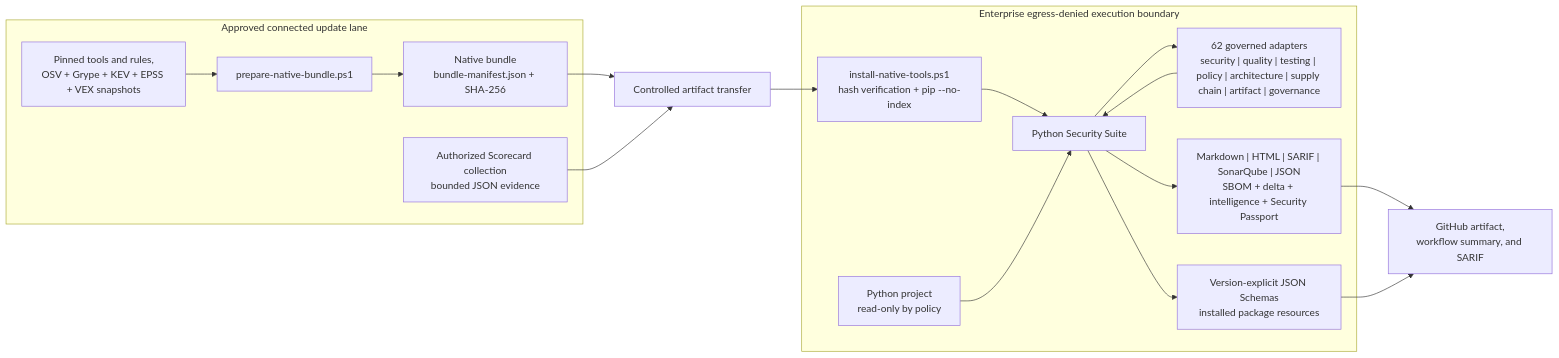
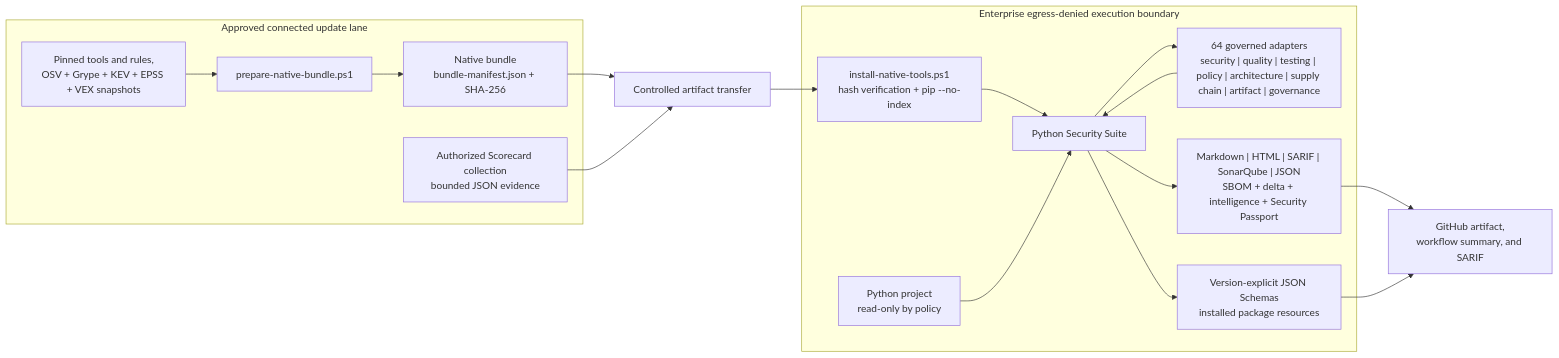
One commit to willtran87/project-py-security-suite changed the first of 16 diagrams in docs/design.md. Above: the diagram before and after it, drawn with Mermaid. The commit also changed other lines of this file and 456 other files, not shown here.

````diff
--- a/docs/design.md
+++ b/docs/design.md
@@ -29,34 +29,34 @@
 ```mermaid
 flowchart LR
     subgraph Connected["Approved connected update lane"]
         Prep["prepare-native-bundle.ps1"]
         Sources["Pinned tools and rules,<br/>OSV + Grype + KEV + EPSS + VEX snapshots"]
         ScorecardCollect["Authorized Scorecard collection<br/>bounded JSON evidence"]
         Bundle["Native bundle<br/>bundle-manifest.json + SHA-256"]
         Sources --> Prep --> Bundle
     end
 
     Transfer["Controlled artifact transfer"]
 
     subgraph Boundary["Enterprise egress-denied execution boundary"]
         Install["install-native-tools.ps1<br/>hash verification + pip --no-index"]
         Project["Python project<br/>read-only by policy"]
         Suite["Python Security Suite"]
-        Scanners["62 governed adapters<br/>security | quality | testing | policy | architecture | supply chain | artifact | governance"]
+        Scanners["64 governed adapters<br/>security | quality | testing | policy | architecture | supply chain | artifact | governance"]
         Reports["Markdown | HTML | SARIF | SonarQube | JSON<br/>SBOM + delta + intelligence + Security Passport"]
         Contracts["Version-explicit JSON Schemas<br/>installed package resources"]
         Install --> Suite
         Project --> Suite
         Suite --> Scanners
         Scanners --> Suite
         Suite --> Reports
         Suite --> Contracts
     end
 
     GitHub["GitHub artifact,<br/>workflow summary, and SARIF"]
 
     Bundle --> Transfer --> Install
     ScorecardCollect --> Transfer
     Reports --> GitHub
     Contracts --> GitHub
 ```
````
